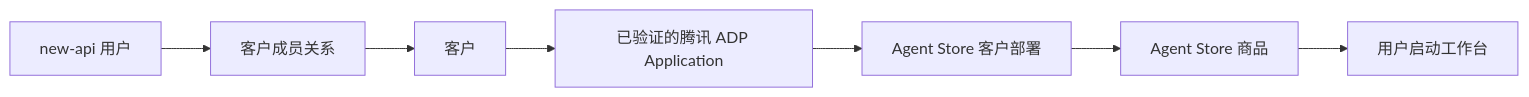
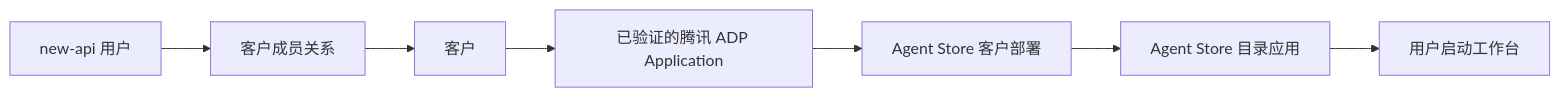
Before and after one commit to jeffzha/new-api: the diagram in docs/adp-claw-agent-store-workbench-operations-manual.md, drawn with Mermaid. The commit also changed other lines of this file and 12 other files, not shown here.

````diff
--- a/docs/adp-claw-agent-store-workbench-operations-manual.md
+++ b/docs/adp-claw-agent-store-workbench-operations-manual.md
@@ -15,9 +15,9 @@
 ```mermaid
 flowchart LR
   U["new-api 用户"] --> M["客户成员关系"]
   M --> C["客户"]
   C --> A["已验证的腾讯 ADP Application"]
   A --> D["Agent Store 客户部署"]
-  D --> I["Agent Store 商品"]
+  D --> I["Agent Store 目录应用"]
   I --> L["用户启动工作台"]
 ```
````
